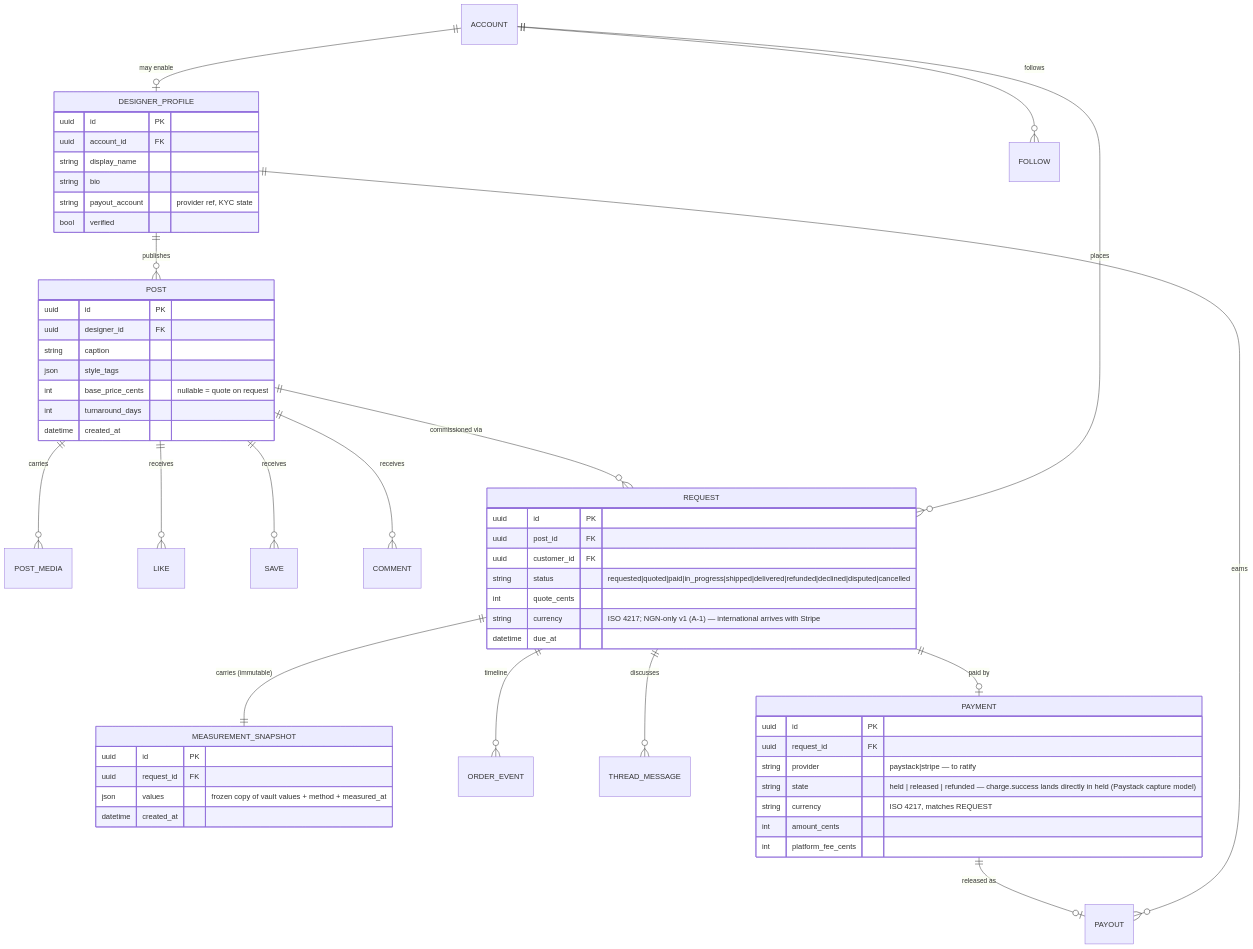
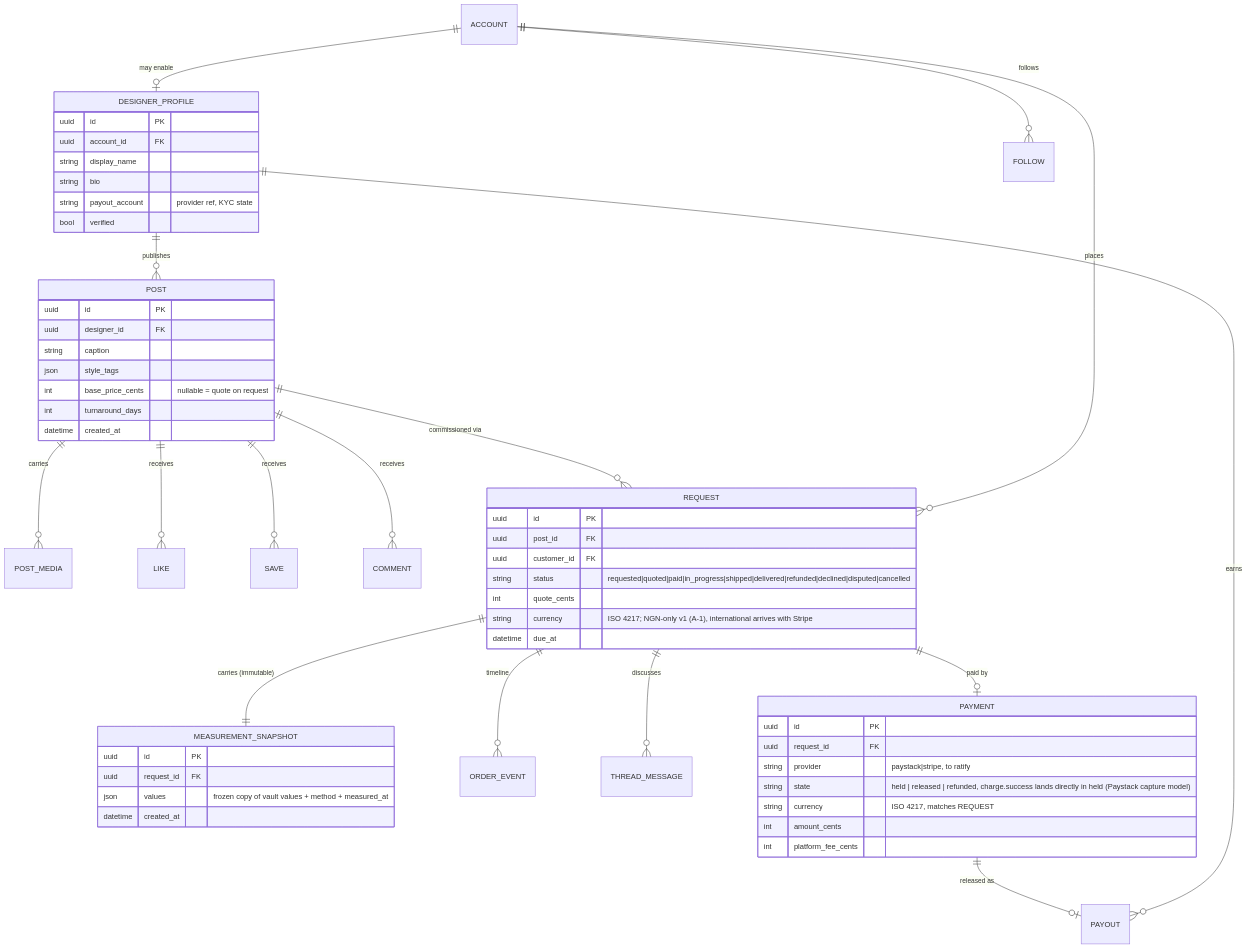
One commit to cuesoftinc/apparule changed the second of 3 diagrams in docs/data-model.md. Above: the diagram before and after it, drawn with Mermaid. The commit also changed other lines of this file and 28 other files, not shown here.

````diff
--- a/docs/data-model.md
+++ b/docs/data-model.md
@@ -169,50 +167,50 @@
 ```mermaid
 erDiagram
     ACCOUNT ||--o| DESIGNER_PROFILE : "may enable"
     ACCOUNT ||--o{ FOLLOW : follows
     DESIGNER_PROFILE ||--o{ POST : publishes
     POST ||--o{ POST_MEDIA : carries
     POST ||--o{ LIKE : receives
     POST ||--o{ SAVE : receives
     POST ||--o{ COMMENT : receives
     POST ||--o{ REQUEST : "commissioned via"
     ACCOUNT ||--o{ REQUEST : places
     REQUEST ||--|| MEASUREMENT_SNAPSHOT : "carries (immutable)"
     REQUEST ||--o{ ORDER_EVENT : "timeline"
     REQUEST ||--o{ THREAD_MESSAGE : discusses
     REQUEST ||--o| PAYMENT : "paid by"
     PAYMENT ||--o| PAYOUT : "released as"
     DESIGNER_PROFILE ||--o{ PAYOUT : earns
 
     DESIGNER_PROFILE { uuid id PK
         uuid account_id FK
         string display_name
         string bio
         string payout_account "provider ref, KYC state"
         bool verified }
     POST { uuid id PK
         uuid designer_id FK
         string caption
         json style_tags
         int base_price_cents "nullable = quote on request"
         int turnaround_days
         datetime created_at }
     REQUEST { uuid id PK
         uuid post_id FK
         uuid customer_id FK
         string status "requested|quoted|paid|in_progress|shipped|delivered|refunded|declined|disputed|cancelled"
         int quote_cents
-        string currency "ISO 4217; NGN-only v1 (A-1) — international arrives with Stripe"
+        string currency "ISO 4217; NGN-only v1 (A-1), international arrives with Stripe"
         datetime due_at }
     MEASUREMENT_SNAPSHOT { uuid id PK
         uuid request_id FK
         json values "frozen copy of vault values + method + measured_at"
         datetime created_at }
     PAYMENT { uuid id PK
         uuid request_id FK
-        string provider "paystack|stripe — to ratify"
-        string state "held | released | refunded — charge.success lands directly in held (Paystack capture model)"
+        string provider "paystack|stripe, to ratify"
+        string state "held | released | refunded, charge.success lands directly in held (Paystack capture model)"
         string currency "ISO 4217, matches REQUEST"
         int amount_cents
         int platform_fee_cents }
 ```
````
